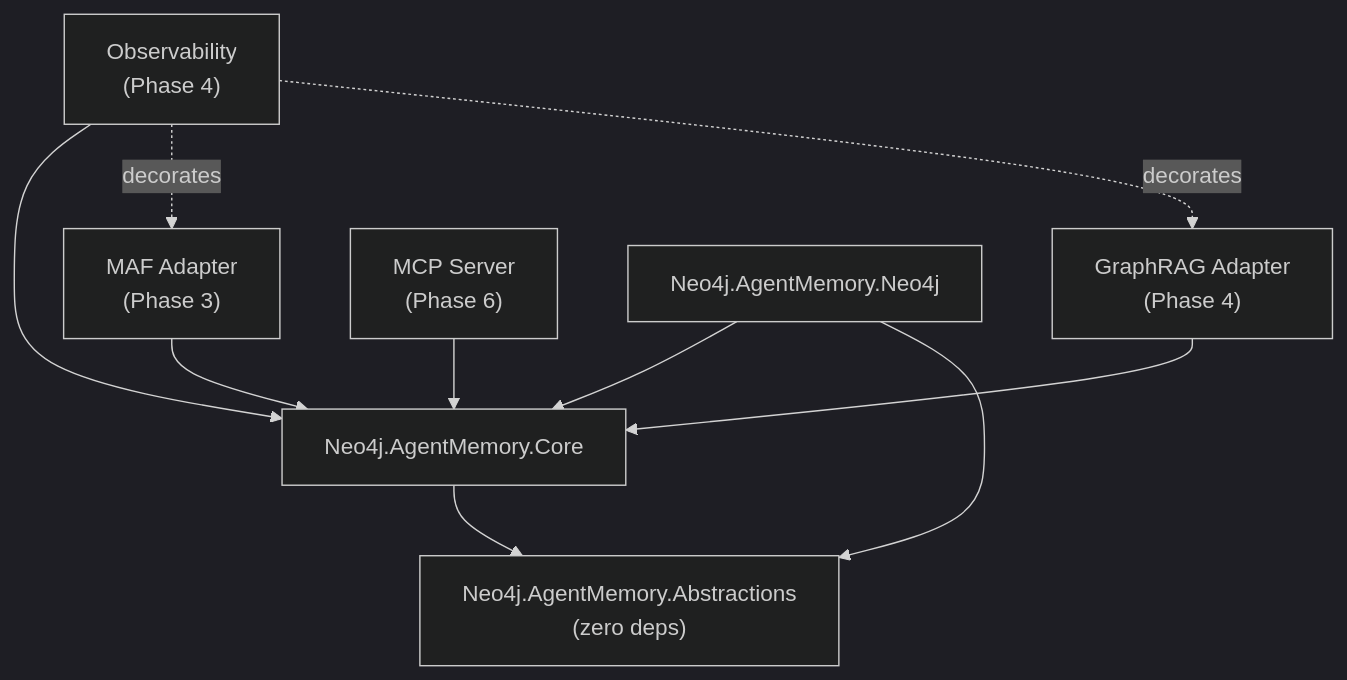
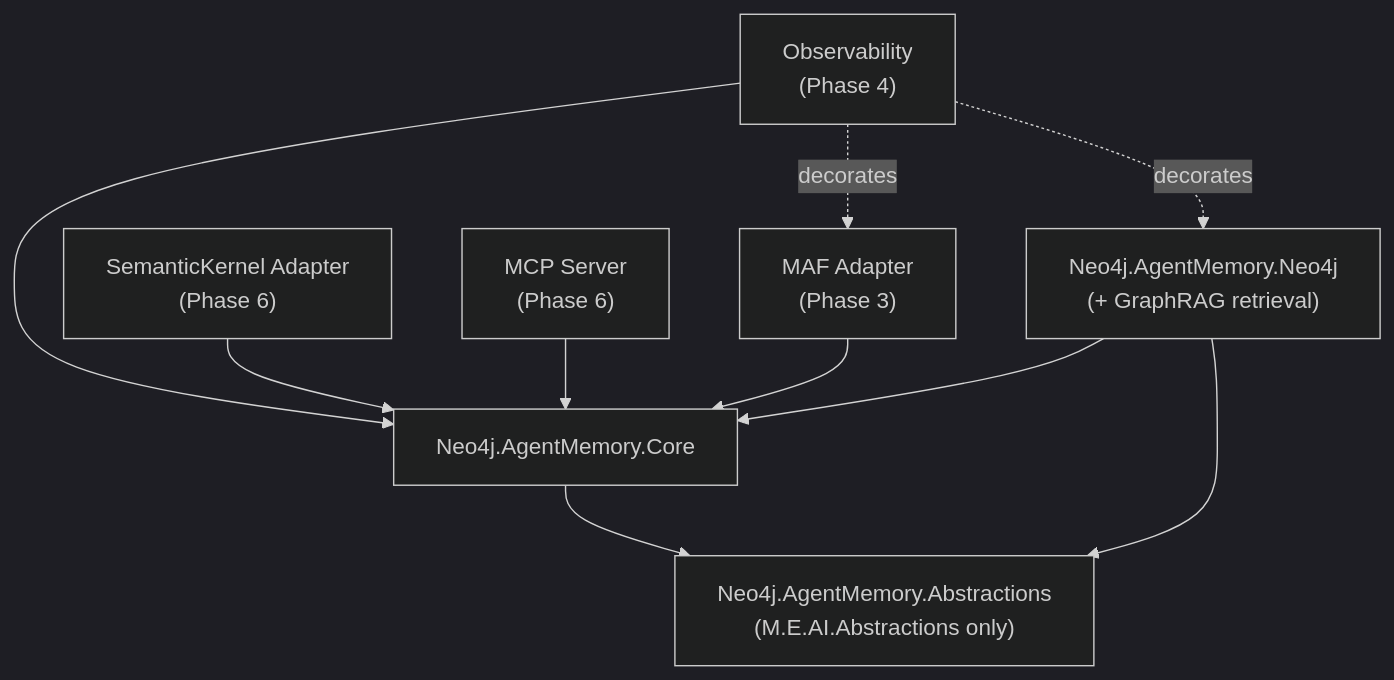
The first of 2 diagrams in docs/architecture.md (joslat/agent-memory-dotnet), drawn with Mermaid (dark theme) before and after one commit. The commit also changed other lines of this file and 69 other files, not shown here.

````diff
--- a/docs/architecture.md
+++ b/docs/architecture.md
@@ -109,13 +108,13 @@
 ```mermaid
 graph TD
     MAF["MAF Adapter<br/>(Phase 3)"] --> Core
-    GRA["GraphRAG Adapter<br/>(Phase 4)"] --> Core
+    SK["SemanticKernel Adapter<br/>(Phase 6)"] --> Core
     OBS["Observability<br/>(Phase 4)"] --> Core
     MCP["MCP Server<br/>(Phase 6)"] --> Core
-    Neo4j["Neo4j.AgentMemory.Neo4j"] --> Core
+    Neo4j["Neo4j.AgentMemory.Neo4j<br/>(+ GraphRAG retrieval)"] --> Core
     Neo4j --> Abs
     Core["Neo4j.AgentMemory.Core"] --> Abs
-    Abs["Neo4j.AgentMemory.Abstractions<br/>(zero deps)"]
+    Abs["Neo4j.AgentMemory.Abstractions<br/>(M.E.AI.Abstractions only)"]
     OBS -. decorates .-> MAF
-    OBS -. decorates .-> GRA
+    OBS -. decorates .-> Neo4j
 ```
````
